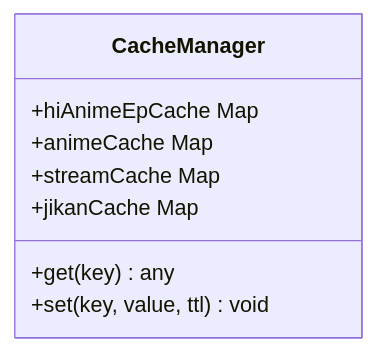
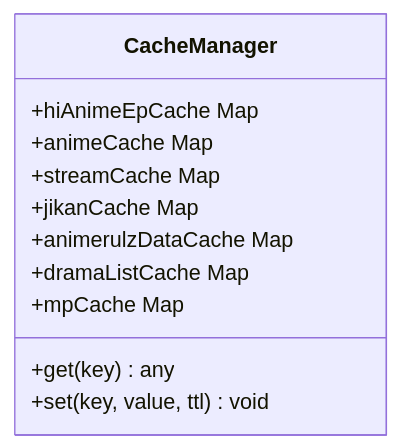
One commit to techniciansupremus-lab/Project-Anime changed the sixth of 7 diagrams in .qoder/repowiki/en/content/Backend Services/Content Provider Integration/Content Provider Integration.md. Above: the diagram before and after it, drawn with Mermaid. The commit also changed other lines of this file and 101 other files, not shown here.

````diff
--- a/.qoder/repowiki/en/content/Backend Services/Content Provider Integration/Content Provider Integration.md
+++ b/.qoder/repowiki/en/content/Backend Services/Content Provider Integration/Content Provider Integration.md
@@ -254,11 +309,14 @@
 ```mermaid
 classDiagram
 class CacheManager {
 +hiAnimeEpCache Map
 +animeCache Map
 +streamCache Map
 +jikanCache Map
++animerulzDataCache Map
++dramaListCache Map
++mpCache Map
 +get(key) any
 +set(key, value, ttl) void
 }
 ```
````
